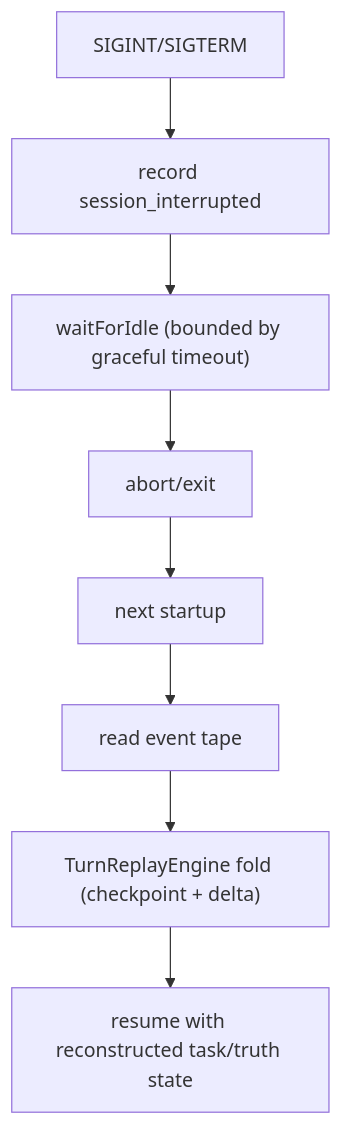
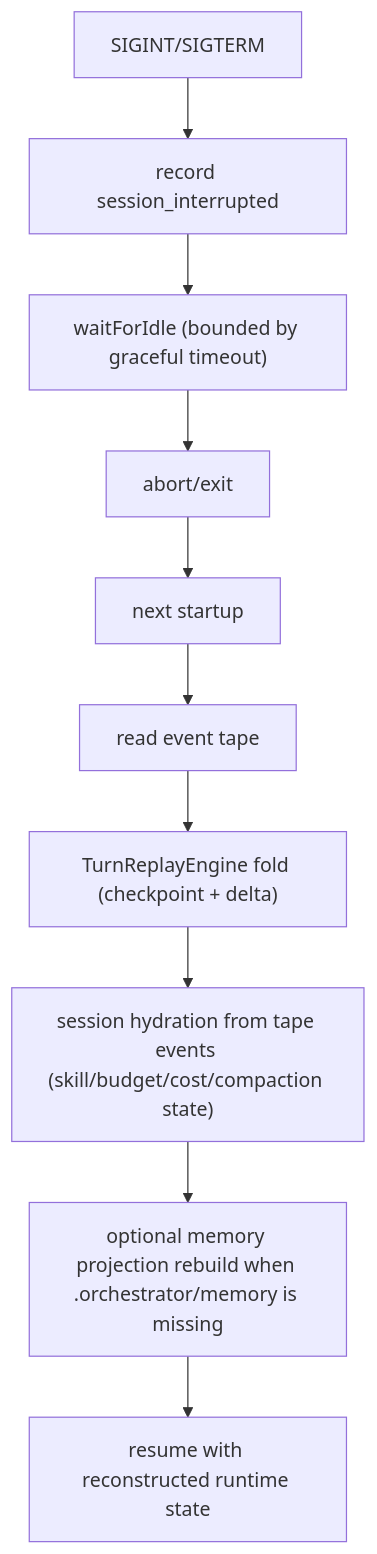
Before and after one commit to arcthur/Brewva: the fifth of 6 diagrams in docs/architecture/control-and-data-flow.md, drawn with Mermaid. The commit also changed other lines of this file and 32 other files, not shown here.

````diff
--- a/docs/architecture/control-and-data-flow.md
+++ b/docs/architecture/control-and-data-flow.md
@@ -103,10 +105,12 @@
 ```mermaid
 flowchart TD
   A["SIGINT/SIGTERM"] --> B["record session_interrupted"]
   B --> C["waitForIdle (bounded by graceful timeout)"]
   C --> D["abort/exit"]
   D --> E["next startup"]
   E --> F["read event tape"]
   F --> G["TurnReplayEngine fold (checkpoint + delta)"]
-  G --> H["resume with reconstructed task/truth state"]
+  G --> H["session hydration from tape events (skill/budget/cost/compaction state)"]
+  H --> I["optional memory projection rebuild when .orchestrator/memory is missing"]
+  I --> J["resume with reconstructed runtime state"]
 ```
````
